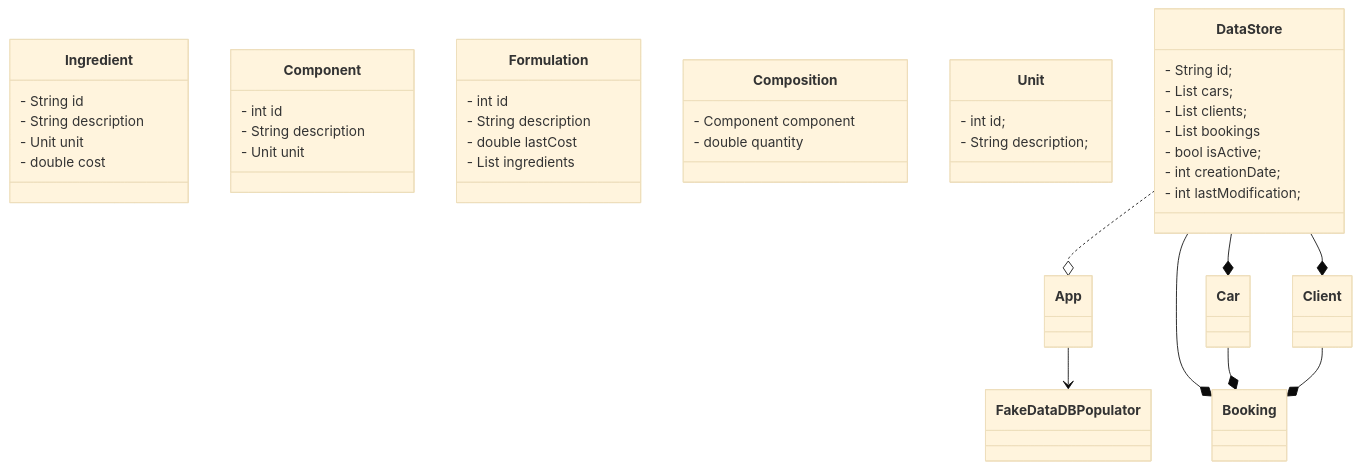
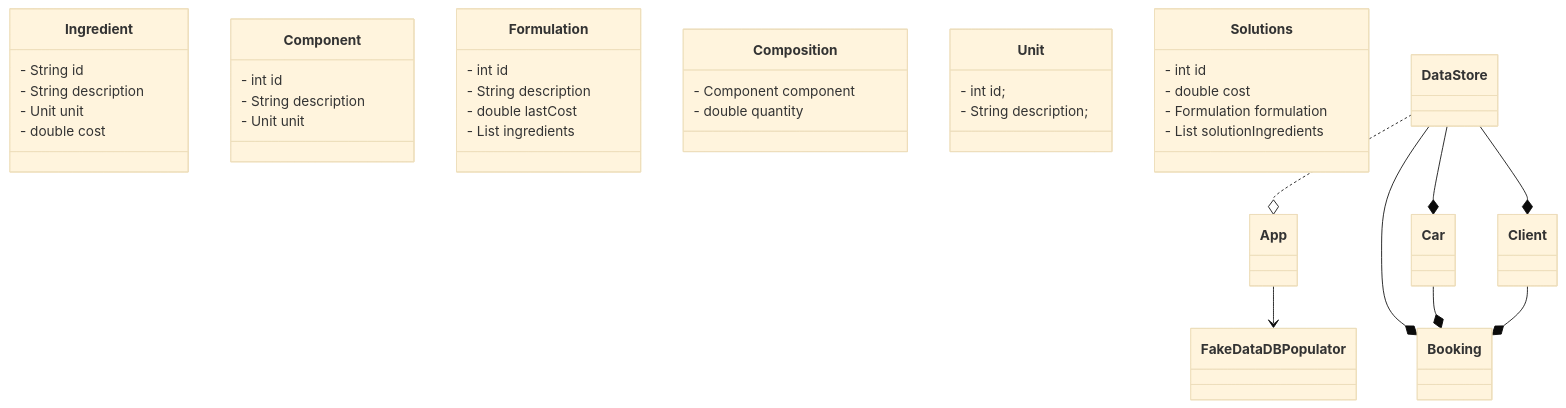
The diagram in docs/uml.md (cvilafer/Formulations), drawn with Mermaid (base theme) before and after one commit. The commit also changed other lines of this file, not shown here.

Commit message:
Refactor UML Data Model documentation

````diff
--- a/docs/uml.md
+++ b/docs/uml.md
@@ -121,60 +121,56 @@
 ```mermaid
 classDiagram
     class App {
 
     } 
 
     class Ingredient{
       - String id
       - String description
       - Unit unit
       - double cost    
     }
     class Component{
         - int id
     - String description
     - Unit unit
     }
     class Formulation{
         - int id
     - String description
     - double lastCost
     - List<Ingredient> ingredients
 
 
     }
 
     class Composition {
 - Component component
     - double quantity
     }
 
     class Unit {
 
      - int id;
     - String description;
 
     }
 
-    class DataStore {
+    class Solutions {
 
-    - String id;
-    - List<Car> cars;
-    - List<Client> clients;
-    - List <Booking> bookings
-    - bool isActive;
-    - int creationDate;
-    - int lastModification;
-
+    - int id
+    - double cost
+    - Formulation formulation
+    - List<SolutionIngredient> solutionIngredients
 
      }
 
 
     App --> FakeDataDBPopulator
     DataStore ..o App
     DataStore --* Car
     DataStore --* Booking
     DataStore --* Client
     Car --* Booking
     Client --* Booking
 ```
````
